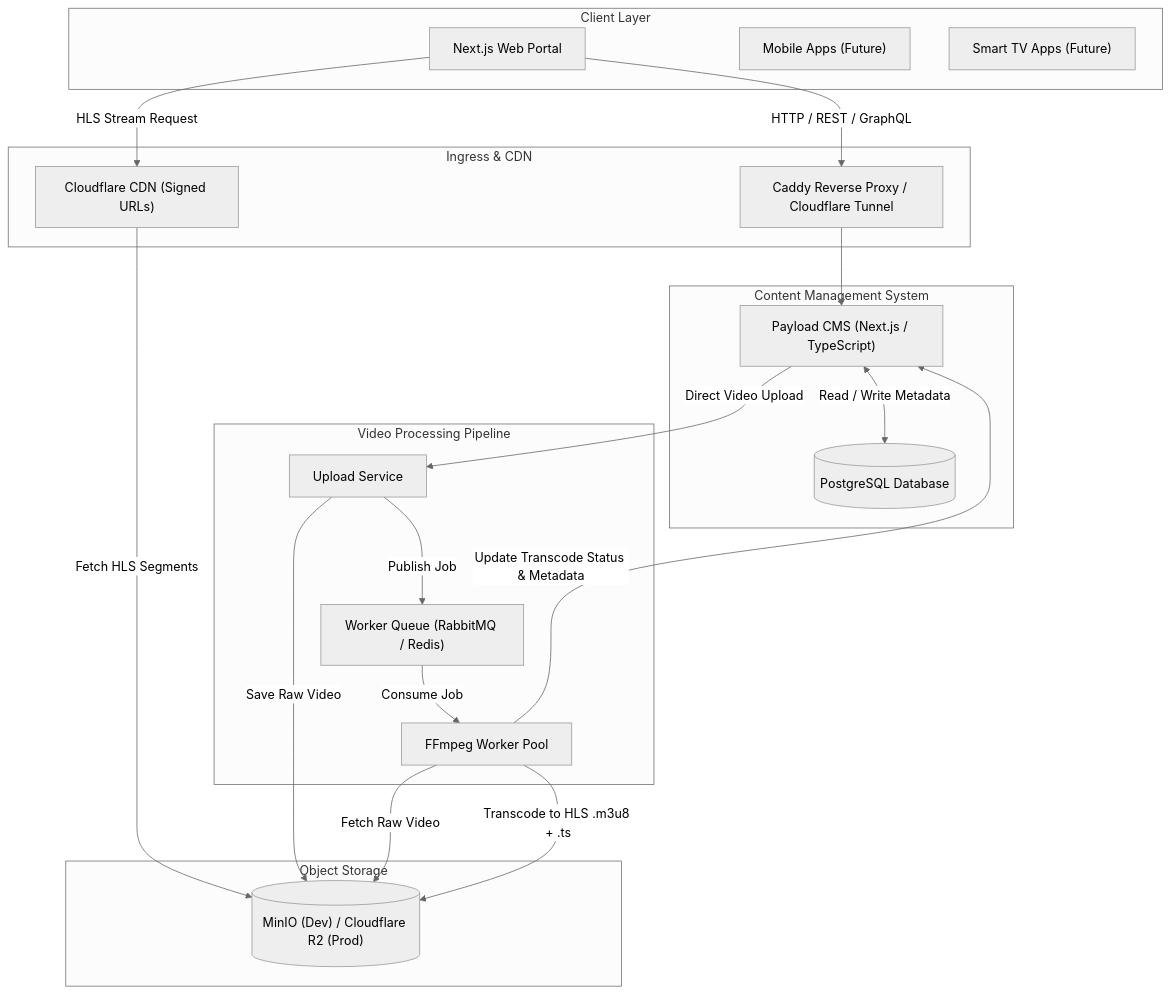
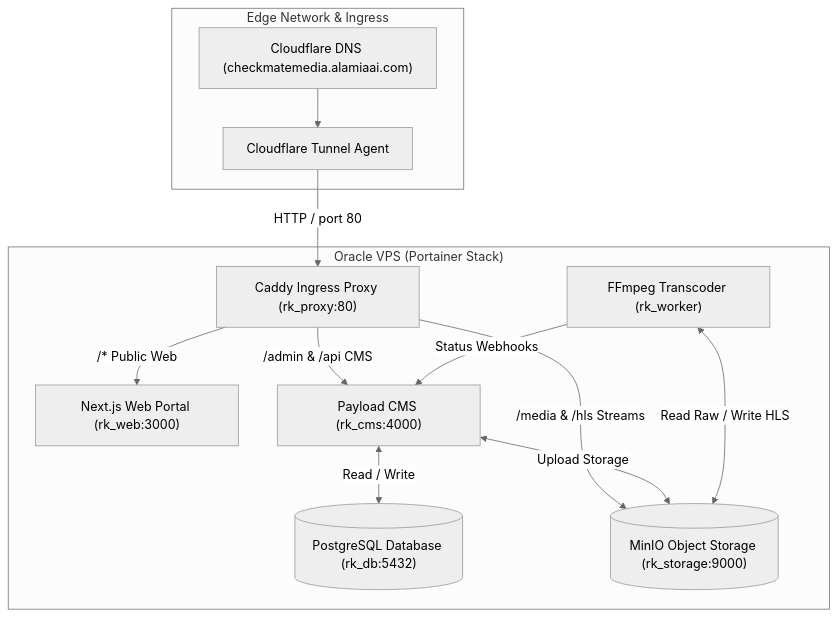
One commit to AlamiaSoft/alamia-ott-rk changed the diagram in .ai/permanent/architecture/01-system-architecture.md. Above: the diagram before and after it, drawn with Mermaid (neutral theme). The commit also changed other lines of this file and 2 other files, not shown here.

Commit message:
docs: update architecture and plan for Portainer Stack and Cloudflare Tunnel deployment

````diff
--- a/.ai/permanent/architecture/01-system-architecture.md
+++ b/.ai/permanent/architecture/01-system-architecture.md
@@ -16,46 +15,31 @@
 ```mermaid
 graph TD
-    subgraph Clients["Client Layer"]
-        WEB["Next.js Web Portal"]
-        MOBILE["Mobile Apps (Future)"]
-        TV["Smart TV Apps (Future)"]
+    subgraph Edge["Edge Network & Ingress"]
+        CF_DNS["Cloudflare DNS (checkmatemedia.alamiaai.com)"]
+        CF_TUNNEL["Cloudflare Tunnel Agent"]
     end
 
-    subgraph Gateway["Ingress & CDN"]
-        CADDY["Caddy Reverse Proxy / Cloudflare Tunnel"]
-        CF_CDN["Cloudflare CDN (Signed URLs)"]
+    subgraph Portainer_Stack["Oracle VPS (Portainer Stack)"]
+        PROXY["Caddy Ingress Proxy (rk_proxy:80)"]
+        WEB["Next.js Web Portal (rk_web:3000)"]
+        CMS["Payload CMS (rk_cms:4000)"]
+        PG[("PostgreSQL Database (rk_db:5432)")]
+        MINIO[("MinIO Object Storage (rk_storage:9000)")]
+        WORKER["FFmpeg Transcoder (rk_worker)"]
     end
 
-    subgraph CMS_Layer["Content Management System"]
-        PAYLOAD["Payload CMS (Next.js / TypeScript)"]
-        PG[("PostgreSQL Database")]
-    end
+    %% Ingress Flow
+    CF_DNS --> CF_TUNNEL
+    CF_TUNNEL -->|HTTP / port 80| PROXY
 
-    subgraph Storage_Layer["Object Storage"]
-        MINIO[("MinIO (Dev) / Cloudflare R2 (Prod)")]
-    end
+    %% Reverse Proxy Routing
+    PROXY -->|/* Public Web| WEB
+    PROXY -->|/admin & /api CMS| CMS
+    PROXY -->|/media & /hls Streams| MINIO
 
-    subgraph Video_Pipeline["Video Processing Pipeline"]
-        UPLOAD["Upload Service"]
-        QUEUE["Worker Queue (RabbitMQ / Redis)"]
-        FFMPEG["FFmpeg Worker Pool"]
-    end
-
-    %% Client Traffic Flows
-    WEB -->|HTTP / REST / GraphQL| CADDY
-    CADDY --> PAYLOAD
-    WEB -->|HLS Stream Request| CF_CDN
-    CF_CDN -->|Fetch HLS Segments| MINIO
-
-    %% Admin & Editorial Flow
-    PAYLOAD <-->|Read / Write Metadata| PG
-    PAYLOAD -->|Direct Video Upload| UPLOAD
-
-    %% Transcoding Pipeline Flow
-    UPLOAD -->|Save Raw Video| MINIO
-    UPLOAD -->|Publish Job| QUEUE
-    QUEUE -->|Consume Job| FFMPEG
-    FFMPEG -->|Fetch Raw Video| MINIO
-    FFMPEG -->|Transcode to HLS .m3u8 + .ts| MINIO
-    FFMPEG -->|Update Transcode Status & Metadata| PAYLOAD
+    %% Internal Data & Storage Connections
+    CMS <-->|Read / Write| PG
+    CMS <-->|Upload Storage| MINIO
+    WORKER <-->|Read Raw / Write HLS| MINIO
+    WORKER -->|Status Webhooks| CMS
 ```
````
